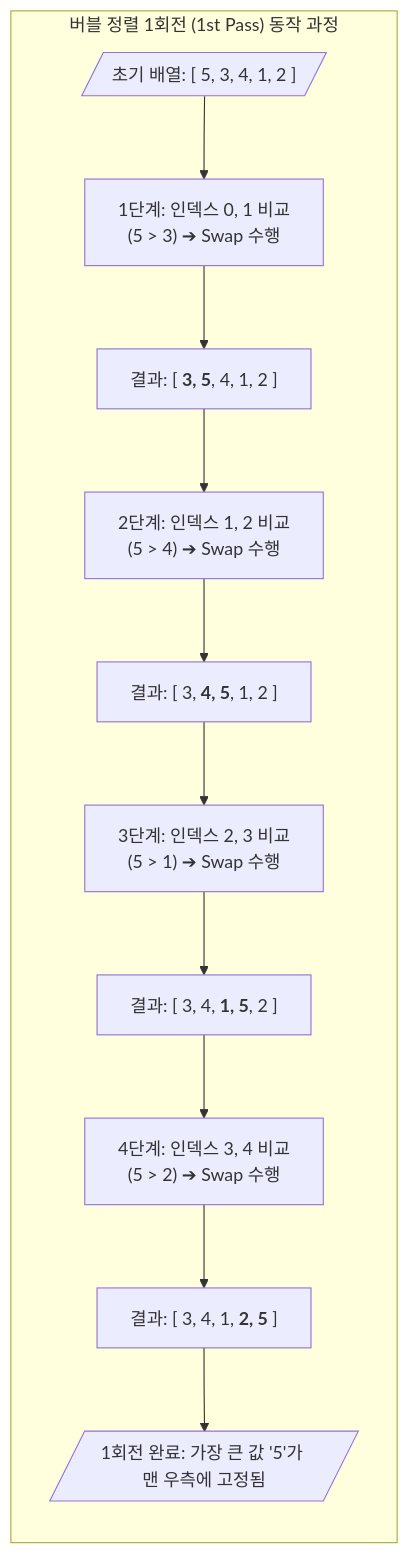
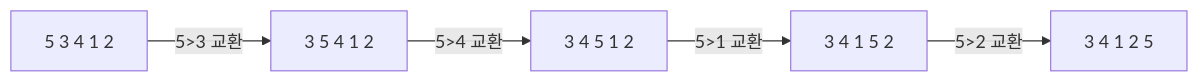
Before and after one commit to supremethumb/supremethumb.github.io: the diagram in content/01_IT Tech/버블 정렬.md, drawn with Mermaid. The commit also changed other lines of this file and 1087 other files, not shown here.

````diff
--- a/content/01_IT Tech/버블 정렬.md
+++ b/content/01_IT Tech/버블 정렬.md
@@ -23,29 +34,4 @@
 ```mermaid
-flowchart TB
-    subgraph Iteration["버블 정렬 1회전 (1st Pass) 동작 과정"]
-        direction TB
-        
-        Step0[/"초기 배열: [ 5, 3, 4, 1, 2 ]"/]
-        
-        Step1["1단계: 인덱스 0, 1 비교<br>(5 > 3) ➔ Swap 수행"]
-        Arr1["결과: [ <b>3, 5</b>, 4, 1, 2 ]"]
-        
-        Step2["2단계: 인덱스 1, 2 비교<br>(5 > 4) ➔ Swap 수행"]
-        Arr2["결과: [ 3, <b>4, 5</b>, 1, 2 ]"]
-        
-        Step3["3단계: 인덱스 2, 3 비교<br>(5 > 1) ➔ Swap 수행"]
-        Arr3["결과: [ 3, 4, <b>1, 5</b>, 2 ]"]
-        
-        Step4["4단계: 인덱스 3, 4 비교<br>(5 > 2) ➔ Swap 수행"]
-        Arr4["결과: [ 3, 4, 1, <b>2, 5</b> ]"]
-        
-        Result[/"1회전 완료: 가장 큰 값 '5'가 맨 우측에 고정됨"/]
-        
-        Step0 --> Step1 --> Arr1
-        Arr1 --> Step2 --> Arr2
-        Arr2 --> Step3 --> Arr3
-        Arr3 --> Step4 --> Arr4
-        Arr4 --> Result
-    end
-
+flowchart LR
+    S0["5 3 4 1 2"] -- "5>3 교환" --> S1["3 5 4 1 2"] -- "5>4 교환" --> S2["3 4 5 1 2"] -- "5>1 교환" --> S3["3 4 1 5 2"] -- "5>2 교환" --> S4["3 4 1 2 5"]
 ```
````
